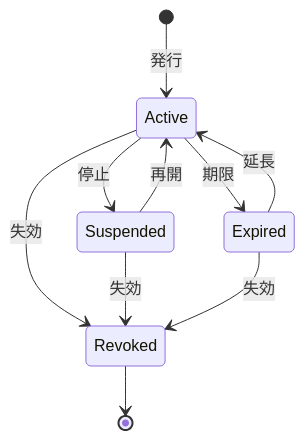
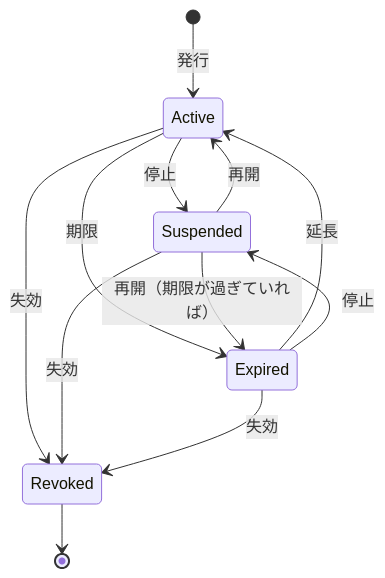
Before and after one commit to YUKIKEDA/ElasticLM: the fifth of 7 diagrams in docs/design.ja.md, drawn with Mermaid. The commit also changed other lines of this file, not shown here.

Commit message:
docs(design): add the stop and resume transitions of an expired license to §9.4

````diff
--- a/docs/design.ja.md
+++ b/docs/design.ja.md
@@ -785,12 +785,14 @@
 ```mermaid
 stateDiagram-v2
     [*] --> Active: 発行
     Active --> Suspended: 停止
     Suspended --> Active: 再開
     Active --> Expired: 期限
     Expired --> Active: 延長
     Active --> Revoked: 失効
     Suspended --> Revoked: 失効
     Expired --> Revoked: 失効
+    Expired --> Suspended: 停止
+    Suspended --> Expired: 再開（期限が過ぎていれば）
     Revoked --> [*]
 ```
````
